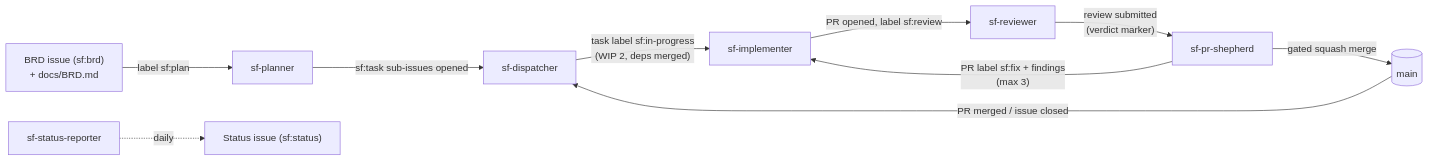
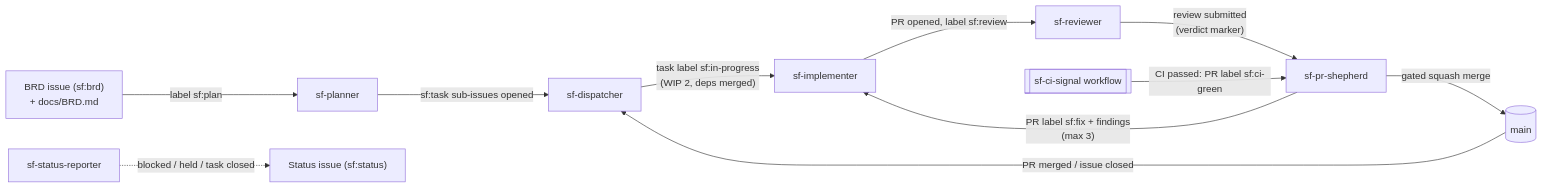
Before and after one commit to andrejpk/software-factory: the diagram in automations/README.md, drawn with Mermaid. The commit also changed other lines of this file and 12 other files, not shown here.

````diff
--- a/automations/README.md
+++ b/automations/README.md
@@ -29,12 +29,13 @@
 ```mermaid
 flowchart LR
   BRD["BRD issue (sf:brd)<br/>+ docs/BRD.md"] -- "label sf:plan" --> P[sf-planner]
   P -- "sf:task sub-issues opened" --> D[sf-dispatcher]
   D -- "task label sf:in-progress<br/>(WIP 2, deps merged)" --> I[sf-implementer]
   I -- "PR opened, label sf:review" --> RV[sf-reviewer]
   RV -- "review submitted<br/>(verdict marker)" --> S[sf-pr-shepherd]
   S -- "PR label sf:fix + findings<br/>(max 3)" --> I
   S -- "gated squash merge" --> M[(main)]
   M -- "PR merged / issue closed" --> D
-  R[sf-status-reporter] -. "daily" .-> ST["Status issue (sf:status)"]
+  CI[[sf-ci-signal workflow]] -- "CI passed: PR label sf:ci-green" --> S
+  R[sf-status-reporter] -. "blocked / held / task closed" .-> ST["Status issue (sf:status)"]
 ```
````
